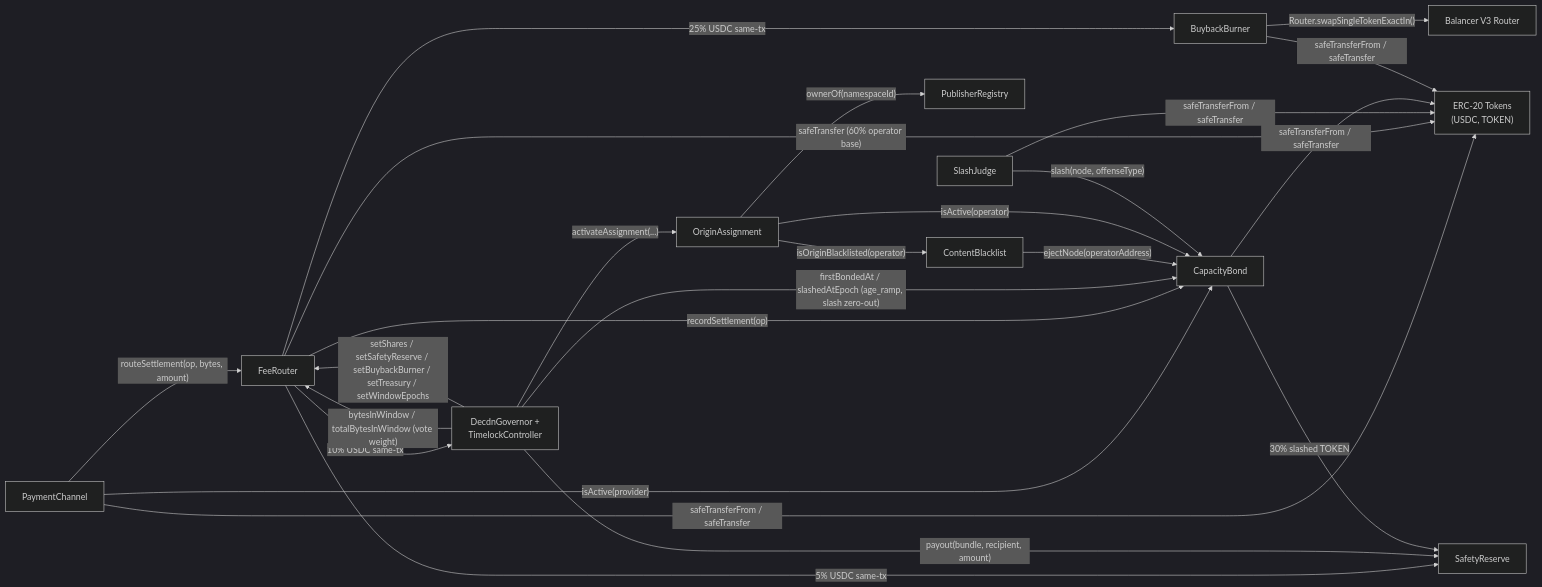
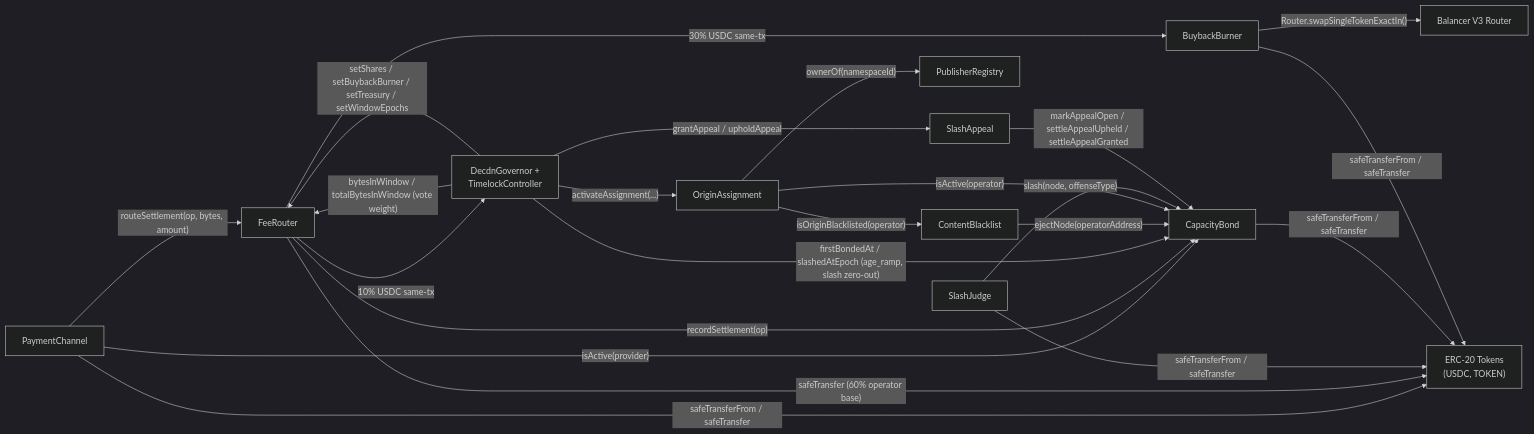
One commit to decdn/decdn changed the third of 5 diagrams in adr/016-contract-interactions.md. Above: the diagram before and after it, drawn with Mermaid (dark theme). The commit also changed other lines of this file and 35 other files, not shown here.

First line of the commit message:
refactor(contracts): remove SafetyReserve; escrow-on-slash + 5% bucket to burn (#708)

````diff
--- a/adr/016-contract-interactions.md
+++ b/adr/016-contract-interactions.md
@@ -441,39 +433,38 @@
 ```mermaid
 graph LR
     SPC["PaymentChannel"]
     CBOND["CapacityBond"]
     CB["ContentBlacklist"]
     PR["PublisherRegistry"]
     OA["OriginAssignment"]
     SJ["SlashJudge"]
     BB["BuybackBurner"]
     FR["FeeRouter"]
-    SAFE["SafetyReserve"]
+    SA["SlashAppeal"]
     GOV["DecdnGovernor +<br/>TimelockController"]
     ERC["ERC-20 Tokens<br/>(USDC, TOKEN)"]
     BAL["Balancer V3 Router"]
 
     SPC -->|"isActive(provider)"| CBOND
     SPC -->|"safeTransferFrom / safeTransfer"| ERC
     SPC -->|"routeSettlement(op, bytes, amount)"| FR
     FR -->|"recordSettlement(op)"| CBOND
-    FR -->|"25% USDC same-tx"| BB
+    FR -->|"30% USDC same-tx"| BB
     FR -->|"10% USDC same-tx"| GOV
-    FR -->|"5% USDC same-tx"| SAFE
     FR -->|"safeTransfer (60% operator base)"| ERC
     GOV -->|"bytesInWindow / totalBytesInWindow (vote weight)"| FR
     GOV -->|"firstBondedAt / slashedAtEpoch (age_ramp, slash zero-out)"| CBOND
-    GOV -->|"payout(bundle, recipient, amount)"| SAFE
-    GOV -->|"setShares / setSafetyReserve / setBuybackBurner / setTreasury / setWindowEpochs"| FR
+    GOV -->|"grantAppeal / upholdAppeal"| SA
+    GOV -->|"setShares / setBuybackBurner / setTreasury / setWindowEpochs"| FR
     CB -->|"ejectNode(operatorAddress)"| CBOND
     OA -->|"isActive(operator)"| CBOND
     OA -->|"ownerOf(namespaceId)"| PR
     OA -->|"isOriginBlacklisted(operator)"| CB
     GOV -->|"activateAssignment(...)"| OA
     SJ -->|"slash(node, offenseType)"| CBOND
     SJ -->|"safeTransferFrom / safeTransfer"| ERC
     CBOND -->|"safeTransferFrom / safeTransfer"| ERC
-    CBOND -->|"30% slashed TOKEN"| SAFE
+    SA -->|"markAppealOpen / settleAppealUpheld / settleAppealGranted"| CBOND
     BB -->|"Router.swapSingleTokenExactIn()"| BAL
     BB -->|"safeTransferFrom / safeTransfer"| ERC
 ```
````
